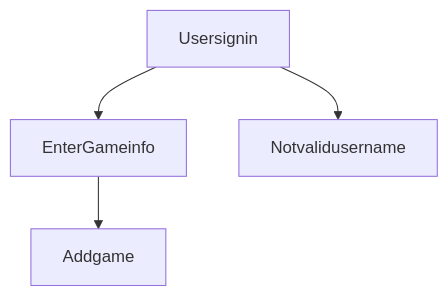
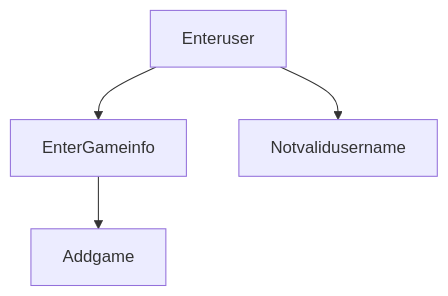
One commit to JackHarding88/dfe-project changed the diagram in README.md. Above: the diagram before and after it, drawn with Mermaid.

````diff
--- a/README.md
+++ b/README.md
@@ -3,8 +3,8 @@
 ```mermaid
   graph TD;
    
       
-       Usersignin-->EnterGameinfo;
-       Usersignin-->Notvalidusername;
+       Enteruser-->EnterGameinfo;
+       Enteruser-->Notvalidusername;
        EnterGameinfo-->Addgame;
 ```
````
